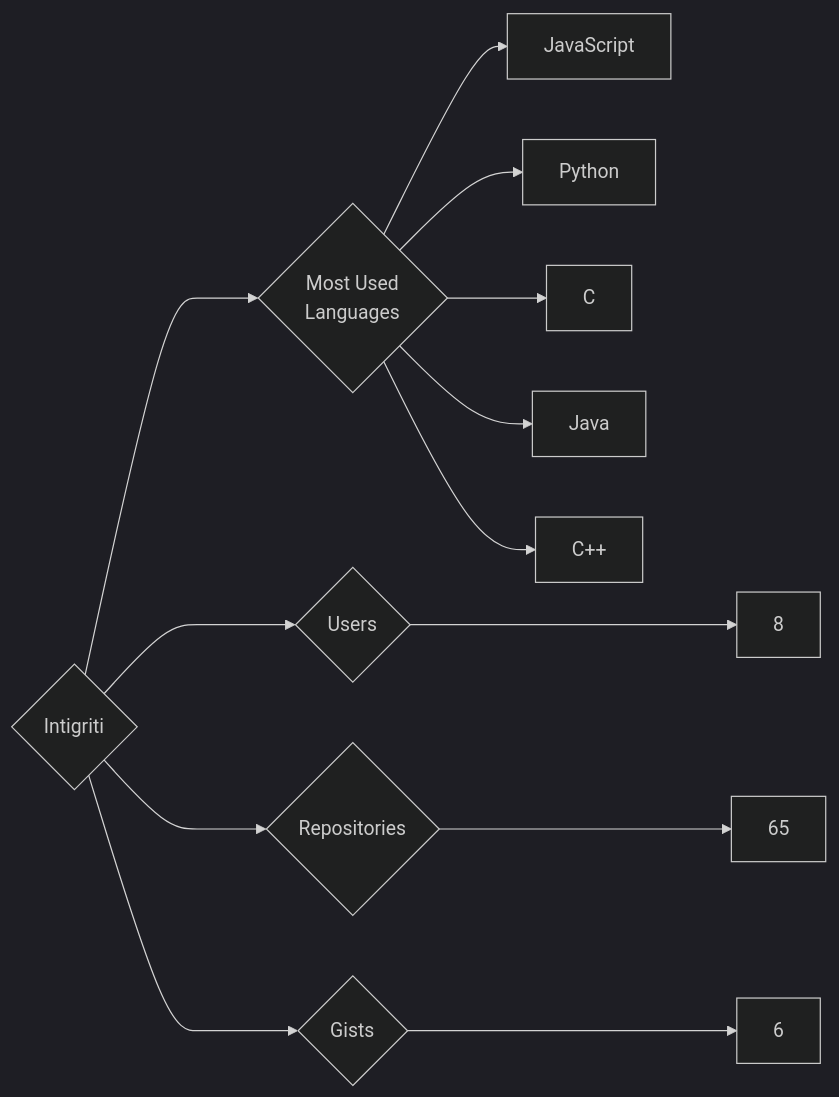
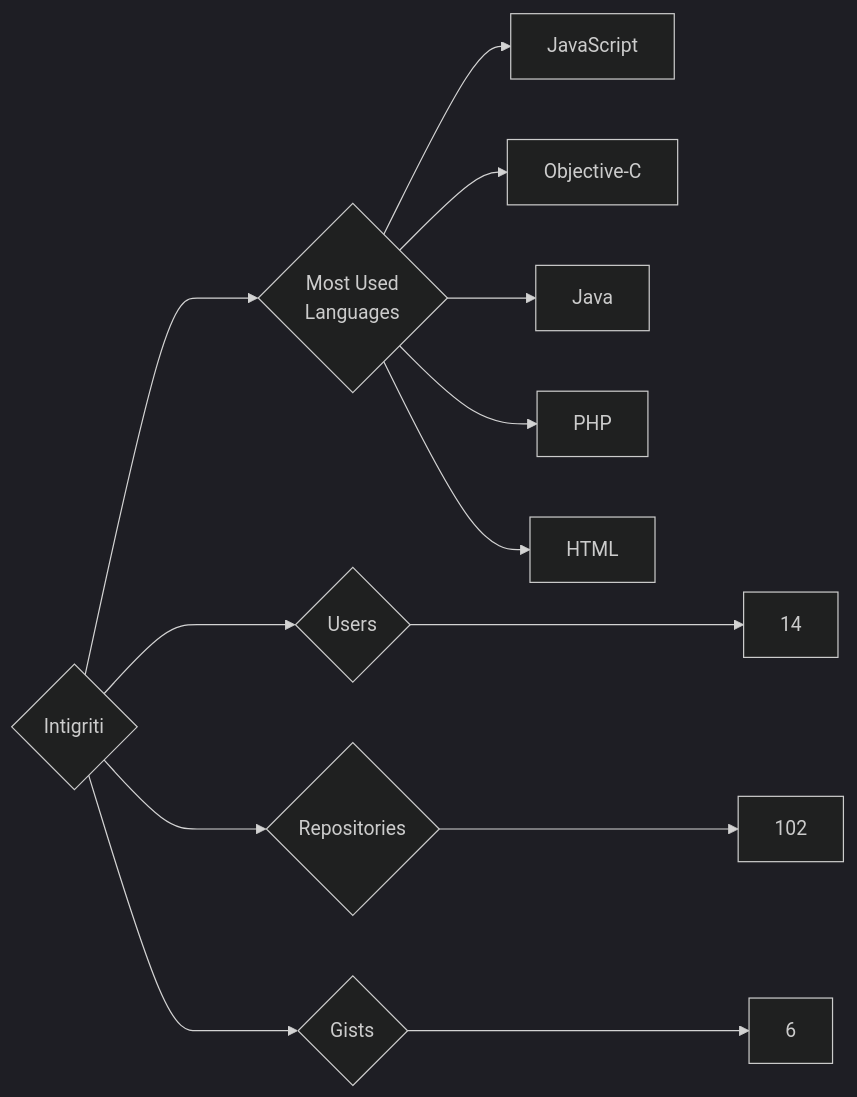
The diagram in targets/Intigriti/README.md (trickest/insiders), drawn with Mermaid (dark theme) before and after one commit. The commit also changed 749 other files, not shown here.

````diff
--- a/targets/Intigriti/README.md
+++ b/targets/Intigriti/README.md
@@ -3,13 +3,13 @@
 ```mermaid
 graph LR
 COMPANY_NAME{Intigriti}
-COMPANY_NAME ---> U{Users} ---> UN[8]
-COMPANY_NAME ---> R{Repositories} ---> RN[65]
+COMPANY_NAME ---> U{Users} ---> UN[14]
+COMPANY_NAME ---> R{Repositories} ---> RN[102]
 COMPANY_NAME ---> G{Gists} ---> GN[6]
 COMPANY_NAME ---> ML{Most Used<br>Languages}
 ML --> JavaScript[JavaScript]
-ML --> Python[Python]
-ML --> C[C]
+ML --> Objective-C[Objective-C]
 ML --> Java[Java]
-ML --> C++[C++]
+ML --> PHP[PHP]
+ML --> HTML[HTML]
 ```
````
